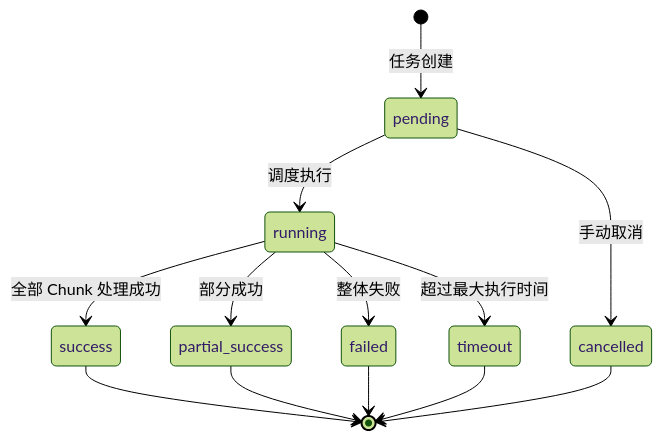
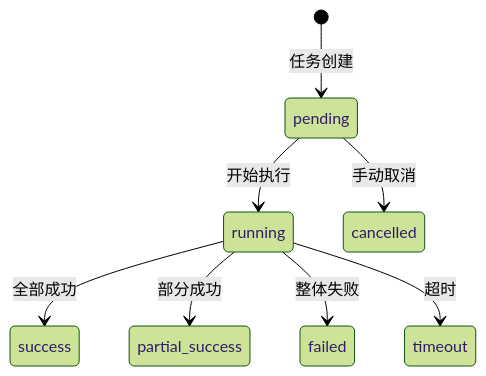
The third of 3 diagrams in flows/01_数据导入流程/02_文档状态流转图.md (evanwusibin/auto-carcrm), drawn with Mermaid (forest theme) before and after one commit. The commit also changed other lines of this file and 229 other files, not shown here.

````diff
--- a/flows/01_数据导入流程/02_文档状态流转图.md
+++ b/flows/01_数据导入流程/02_文档状态流转图.md
@@ -84,18 +76,10 @@
 ```mermaid
 stateDiagram-v2
     [*] --> pending : 任务创建
-
-    pending --> running : 调度执行
-    running --> success : 全部 Chunk 处理成功
+    pending --> running : 开始执行
+    running --> success : 全部成功
     running --> partial_success : 部分成功
     running --> failed : 整体失败
-    running --> timeout : 超过最大执行时间
-
+    running --> timeout : 超时
     pending --> cancelled : 手动取消
-
-    success --> [*]
-    partial_success --> [*]
-    failed --> [*]
-    timeout --> [*]
-    cancelled --> [*]
 ```
````
